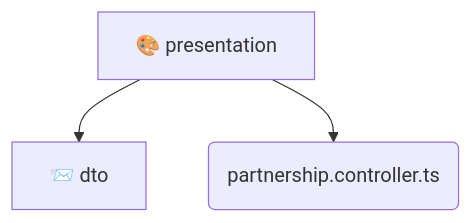
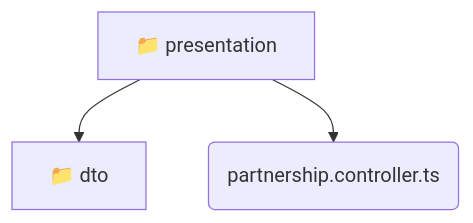
One commit to beginwebdev2002/fullstack-mavluda changed the diagram in backend/src/modules/partnership/presentation/README.md. Above: the diagram before and after it, drawn with Mermaid. The commit also changed other lines of this file and 155 other files, not shown here.

````diff
--- a/backend/src/modules/partnership/presentation/README.md
+++ b/backend/src/modules/partnership/presentation/README.md
@@ -9,6 +9,6 @@
 ```mermaid
 graph TD
-  presentation[🎨 presentation]
-  presentation --> dto[📨 dto]
-  presentation --> partnership_controller_ts(partnership.controller.ts)
+  presentation[📁 presentation]
+  presentation --> presentation_dto[📁 dto]
+  presentation --> presentation_partnership_controller_ts(partnership.controller.ts)
 ```
````
